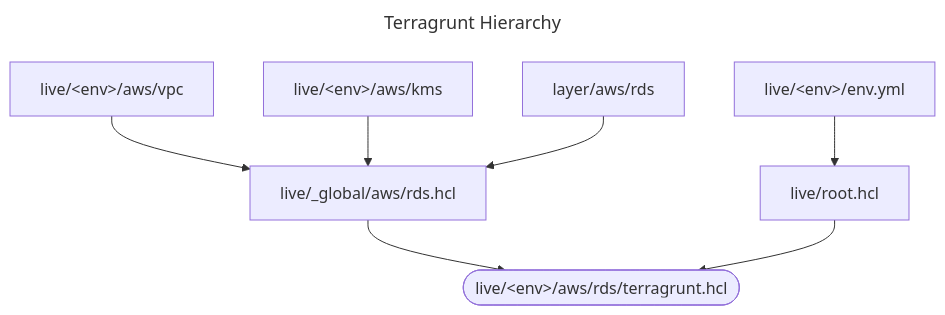
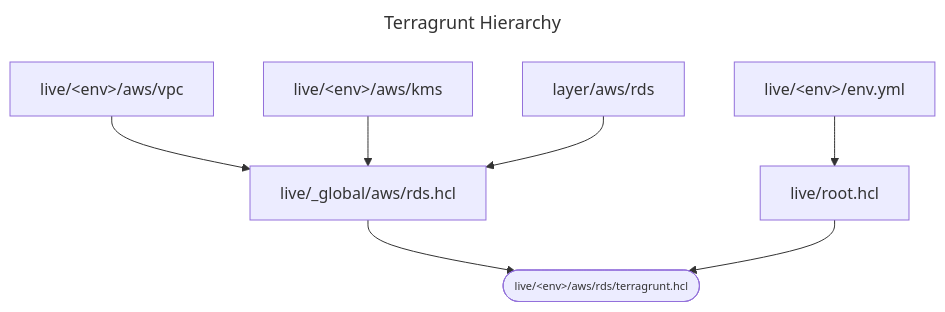
One commit to tkreque/poc changed the diagram in poc-terragrunt/README.md. Above: the diagram before and after it, drawn with Mermaid.

Commit message:
Improved the solution to avoid repetition on the Terragrunt configuration (Fixed README)

````diff
--- a/poc-terragrunt/README.md
+++ b/poc-terragrunt/README.md
@@ -75,13 +75,13 @@
 ```mermaid
 ---
 title: Terragrunt Hierarchy
 ---
 graph TD;
-  B["live/_global/aws/rds.hcl"] --> A(["live/&lt;env&gt;/aws/rds/terragrunt.hcl"]):::wide;
+  B["live/_global/aws/rds.hcl"] --> A(["live/&lt;env&gt;/aws/rds/terragrunt.hcl"]):::fix;
   C["live/root.hcl"] --> A;
   D["live/&lt;env&gt;/aws/vpc"] --> B;
   E["live/&lt;env&gt;/aws/kms"] --> B;
   F["layer/aws/rds"] --> B;
   G["live/&lt;env&gt;/env.yml"] --> C;
-  classDef wide line-height:20px
+  classDef fix font-size:11px;
 ```
````
